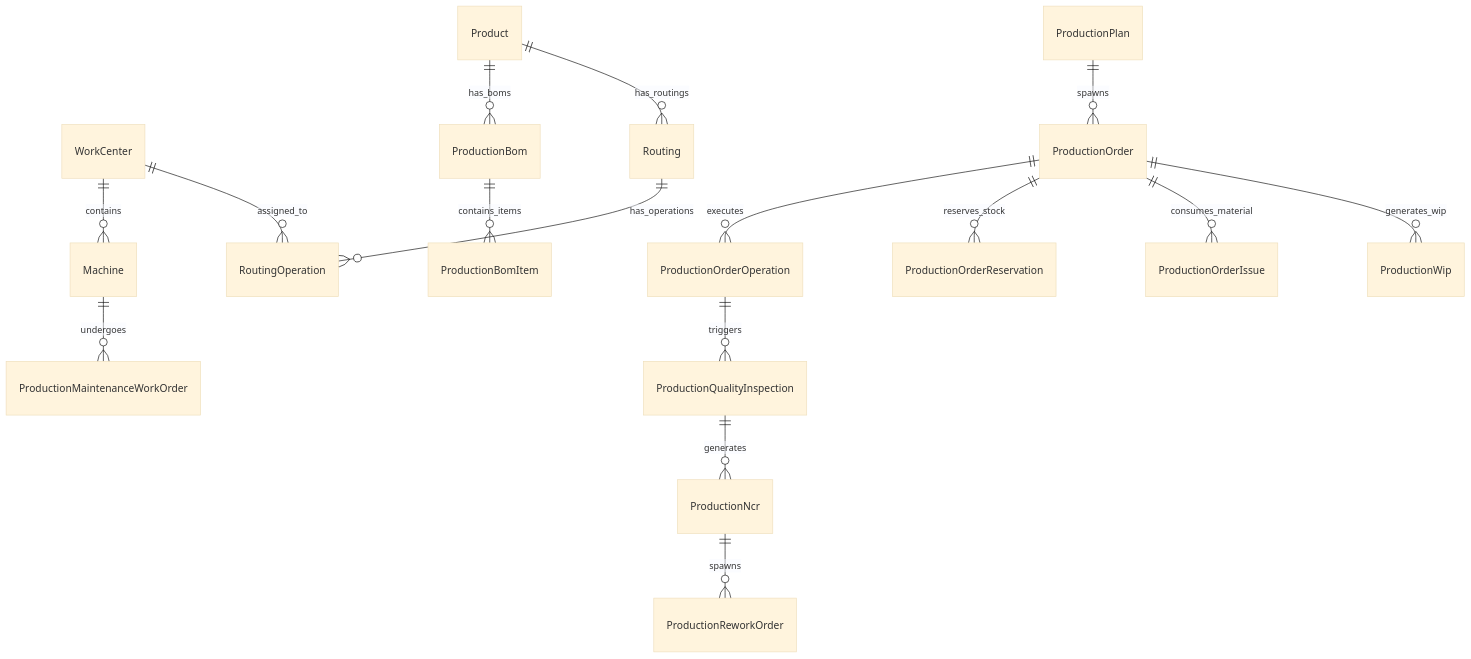
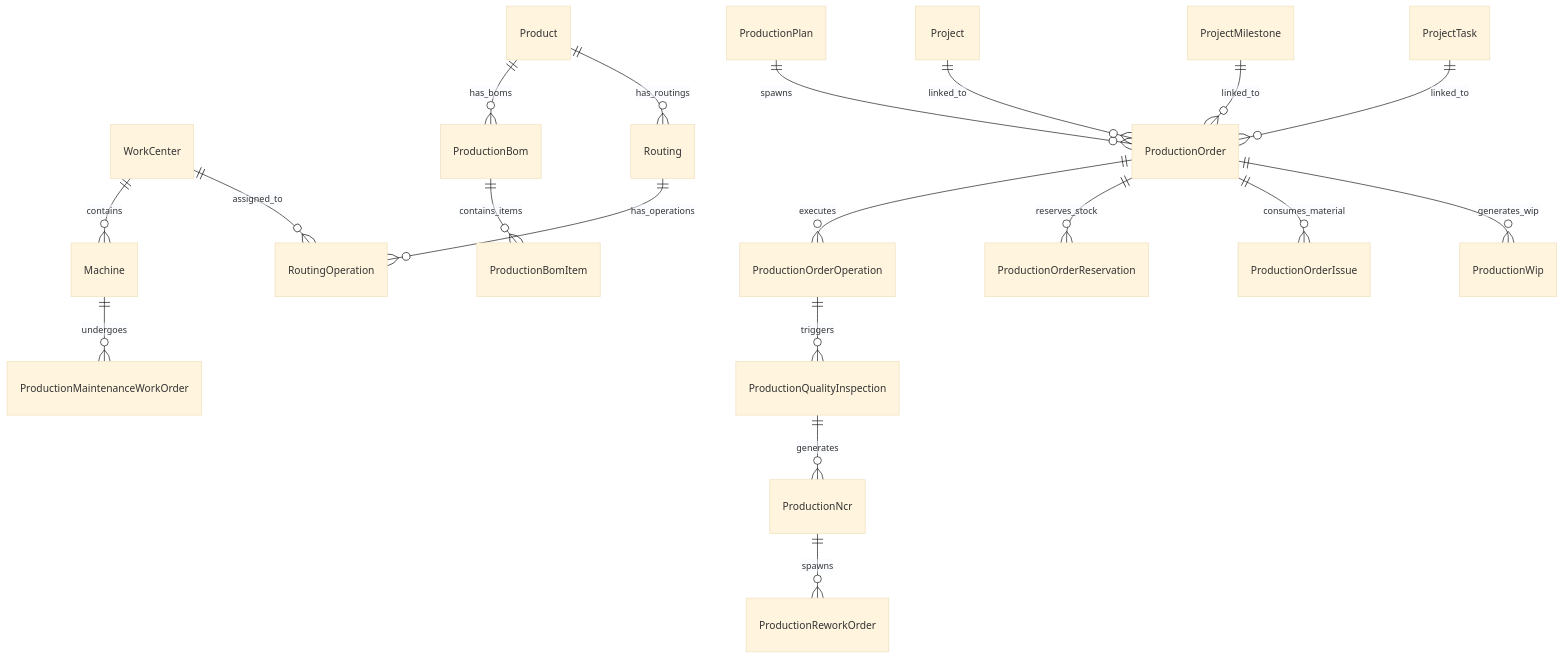
One commit to Warrgyizmorsch/wm-product-saas changed the diagram in docs/user-manuals/production/DEVELOPER_MANUAL.md. Above: the diagram before and after it, drawn with Mermaid (base theme). The commit also changed other lines of this file and 23 other files, not shown here.

First line of the commit message:
Align project and production documentation

````diff
--- a/docs/user-manuals/production/DEVELOPER_MANUAL.md
+++ b/docs/user-manuals/production/DEVELOPER_MANUAL.md
@@ -88,18 +88,21 @@
 ```mermaid
 erDiagram
     WorkCenter ||--o{ Machine : "contains"
     WorkCenter ||--o{ RoutingOperation : "assigned_to"
     Product ||--o{ ProductionBom : "has_boms"
     ProductionBom ||--o{ ProductionBomItem : "contains_items"
     Product ||--o{ Routing : "has_routings"
     Routing ||--o{ RoutingOperation : "has_operations"
     ProductionPlan ||--o{ ProductionOrder : "spawns"
+    Project ||--o{ ProductionOrder : "linked_to"
+    ProjectMilestone ||--o{ ProductionOrder : "linked_to"
+    ProjectTask ||--o{ ProductionOrder : "linked_to"
     ProductionOrder ||--o{ ProductionOrderOperation : "executes"
     ProductionOrder ||--o{ ProductionOrderReservation : "reserves_stock"
     ProductionOrder ||--o{ ProductionOrderIssue : "consumes_material"
     ProductionOrder ||--o{ ProductionWip : "generates_wip"
     ProductionOrderOperation ||--o{ ProductionQualityInspection : "triggers"
     ProductionQualityInspection ||--o{ ProductionNcr : "generates"
     ProductionNcr ||--o{ ProductionReworkOrder : "spawns"
     Machine ||--o{ ProductionMaintenanceWorkOrder : "undergoes"
 ```
````
